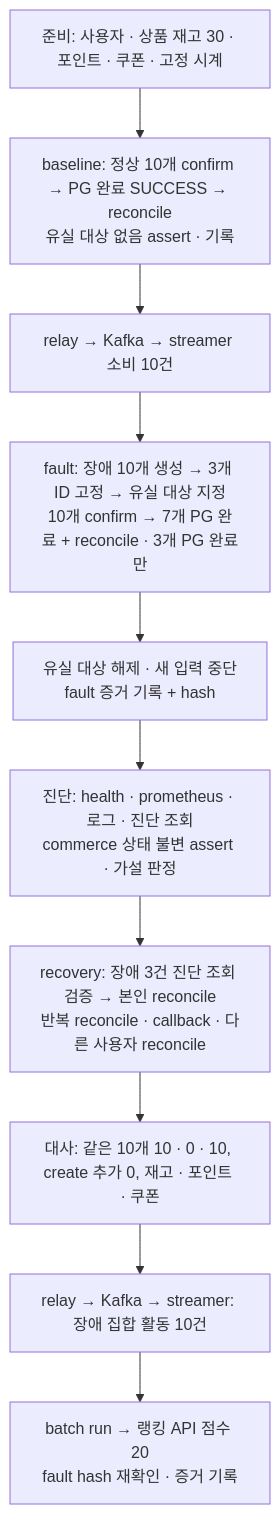
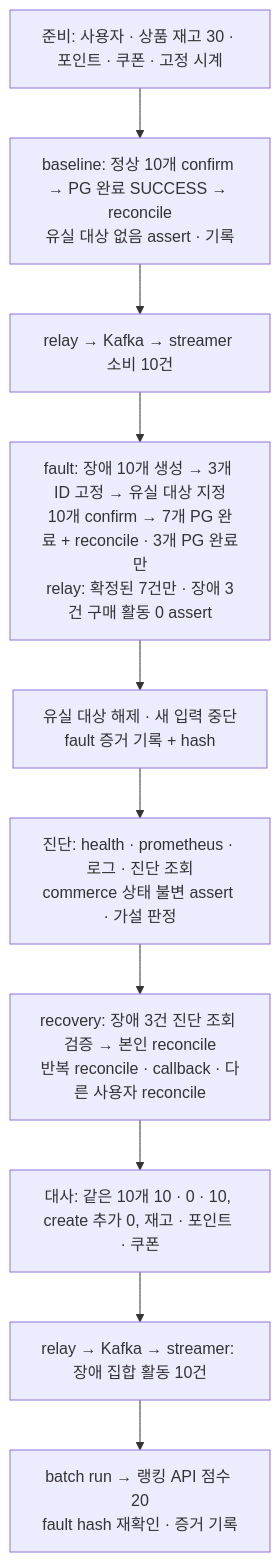
One commit to loopers-labs/loop-pack-be-l2-vol5-java changed the diagram in docs/week10/design.md. Above: the diagram before and after it, drawn with Mermaid. The commit also changed other lines of this file, not shown here.

````diff
--- a/docs/week10/design.md
+++ b/docs/week10/design.md
@@ -180,13 +182,13 @@
 ```mermaid
 flowchart TD
     A[준비: 사용자 · 상품 재고 30 · 포인트 · 쿠폰 · 고정 시계] --> B
     B["baseline: 정상 10개 confirm → PG 완료 SUCCESS → reconcile<br/>유실 대상 없음 assert · 기록"] --> C
     C["relay → Kafka → streamer 소비 10건"] --> D
-    D["fault: 장애 10개 생성 → 3개 ID 고정 → 유실 대상 지정<br/>10개 confirm → 7개 PG 완료 + reconcile · 3개 PG 완료만"] --> E
+    D["fault: 장애 10개 생성 → 3개 ID 고정 → 유실 대상 지정<br/>10개 confirm → 7개 PG 완료 + reconcile · 3개 PG 완료만<br/>relay: 확정된 7건만 · 장애 3건 구매 활동 0 assert"] --> E
     E["유실 대상 해제 · 새 입력 중단<br/>fault 증거 기록 + hash"] --> F
     F["진단: health · prometheus · 로그 · 진단 조회<br/>commerce 상태 불변 assert · 가설 판정"] --> G
     G["recovery: 장애 3건 진단 조회 검증 → 본인 reconcile<br/>반복 reconcile · callback · 다른 사용자 reconcile"] --> H
     H["대사: 같은 10개 10 · 0 · 10, create 추가 0, 재고 · 포인트 · 쿠폰"] --> I
     I["relay → Kafka → streamer: 장애 집합 활동 10건"] --> J
     J["batch run → 랭킹 API 점수 20<br/>fault hash 재확인 · 증거 기록"]
 ```
````
